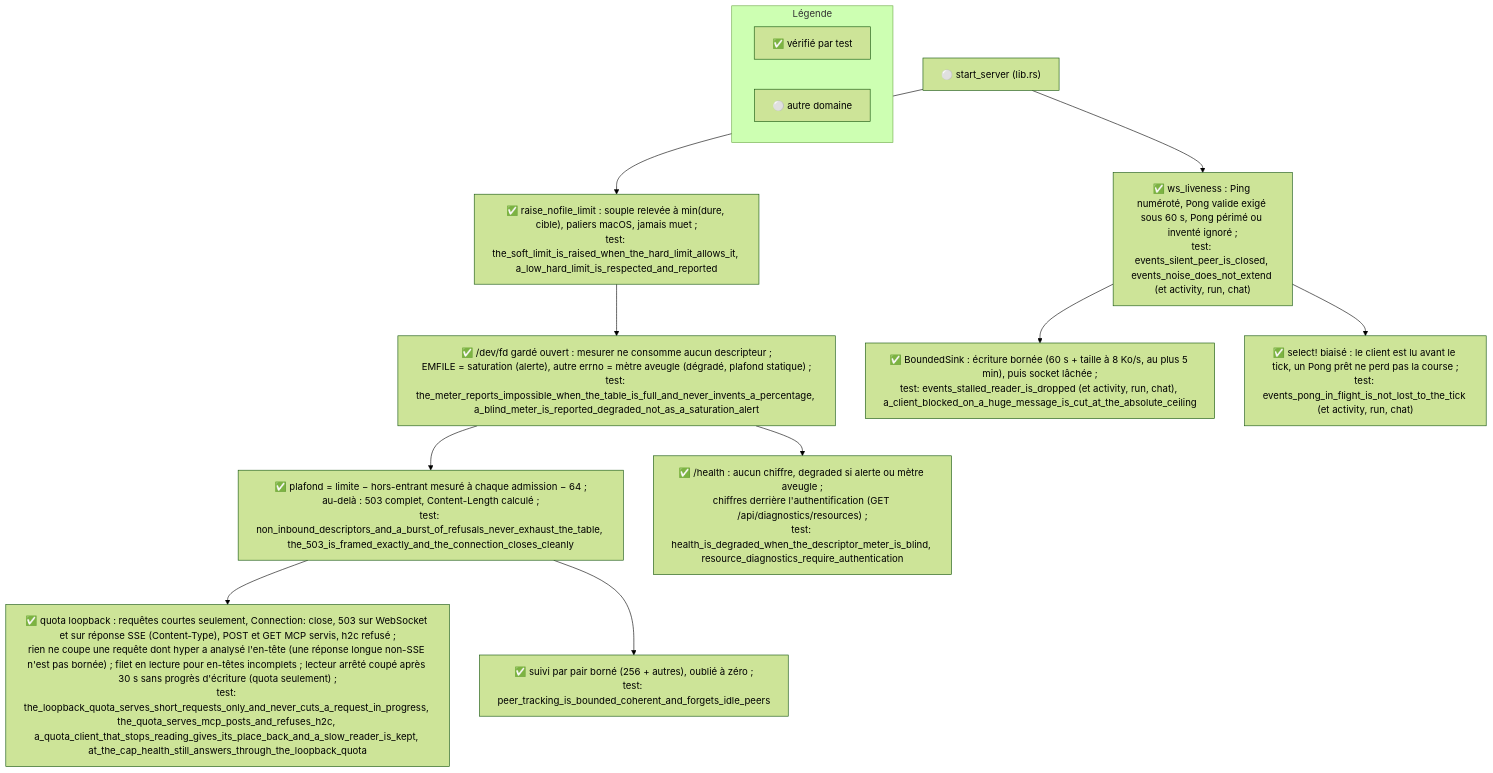
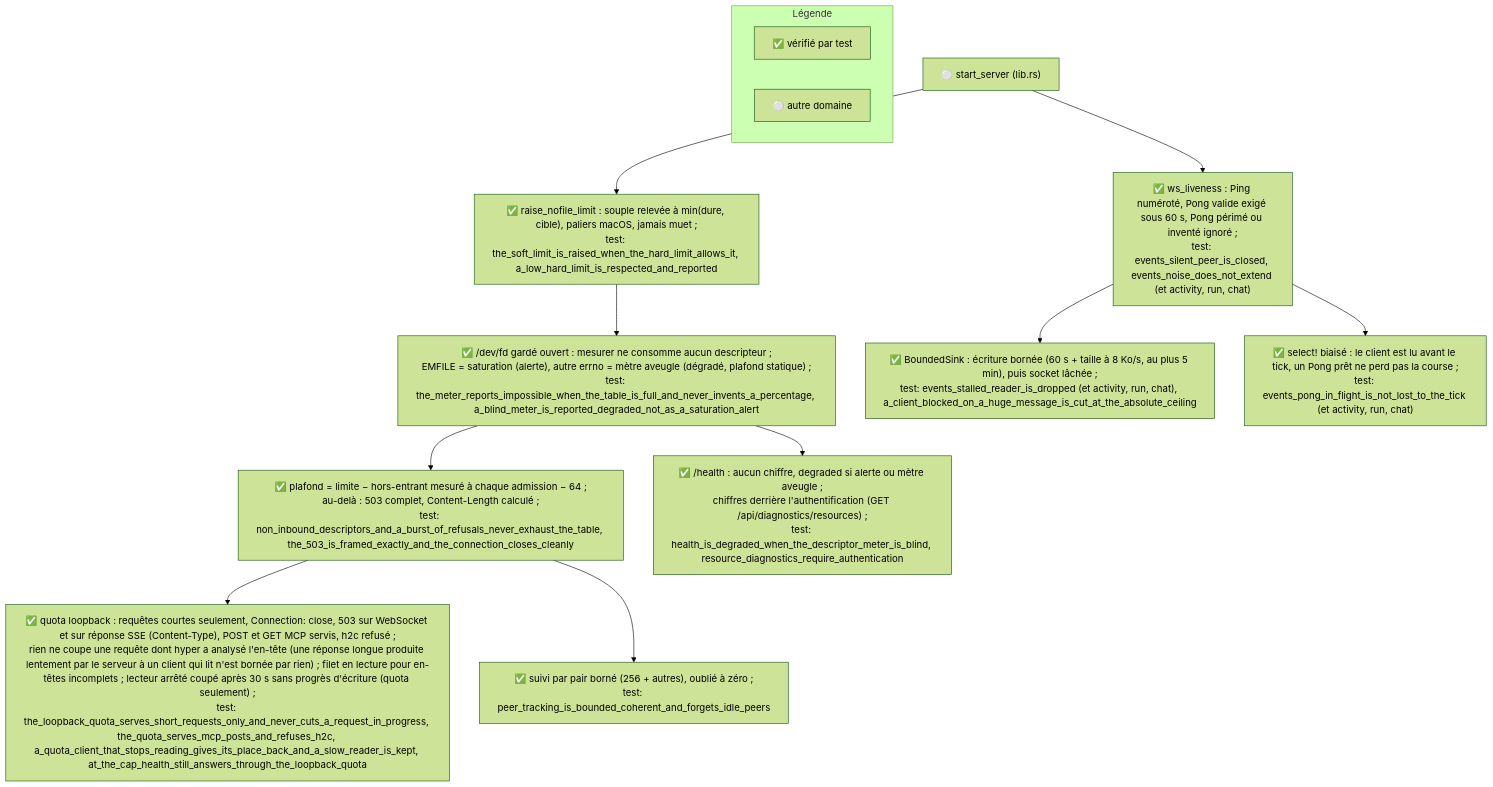
The diagram in docs/diagrams/po-fd-guard.mmd (this-rs/project-orchestrator), drawn with Mermaid (forest theme) before and after one commit. The commit also changed 3 other files, not shown here.

First line of the commit message:
test(fd_guard): attendre la place avant de la supposer libre, lecteur lent mesuré, lecteur arrêté ordinaire, docs, warn sur variables invalides

```diff
--- a/docs/diagrams/po-fd-guard.mmd
+++ b/docs/diagrams/po-fd-guard.mmd
@@ -1,48 +1,48 @@
 %% name: po-fd-guard
 %% covers: backend:src/fd_guard.rs backend:src/api/ws_liveness.rs
 %% verified: c984a26a
 %% ---
 %% PROUVE : ce que le service fait de ses descripteurs de fichiers et de ses sockets WebSocket
 %%   (PR #1269, branche fix/fd-limit) : limite relevée au démarrage, mesure par un /dev/fd gardé
 %%   ouvert, plafond de connexions entrantes dynamique avec 503 complet, quota loopback réservé
 %%   aux requêtes courtes, Pong exigé et écritures bornées sur /ws/chat, /ws/events, /ws/activity,
 %%   /ws/run. Relu contre le code de la branche fix/fd-limit (c984a26a).
 %% ---
 %% SOURCES LUES :
 %%   src/fd_guard.rs, src/api/ws_liveness.rs, src/lib.rs (start_server), src/api/handlers.rs
 %%   (health, resource_diagnostics), src/api/ws_{chat,handlers,activity,run}_handler.rs,
 %%   tests/fd_limit.rs, src/api/ws_liveness_tests.rs
 %% ---
 %% NON ETABLI :
 %%   la nature des 133 connexions de 192.168.1.42 (ORCHESTRATOR_CONN_STATS sert à l'établir) ;
 %%   que le Pong manquant soit la cause du flap observé (hypothèse) ;
 %%   l'absence d'EMFILE : le plafond réduit le risque, une rafale hors-entrant plus grande que la
 %%   réserve de 64 peut encore en provoquer (test: an_outbound_burst_beyond_the_margin_may_hit_emfile_but_the_service_recovers).
 %% ---
 %% LEGENDE
 %%   ✅ vérifié (le nœud dit par quel test)  ⚪ autre domaine
 
 flowchart TD
     subgraph legend["Légende"]
         direction LR
         L1["✅ vérifié par test"]
         L2["⚪ autre domaine"]
     end
 
     START["⚪ start_server (lib.rs)"]
     RAISE["✅ raise_nofile_limit : souple relevée à min(dure, cible), paliers macOS, jamais muet ;<br/>test: the_soft_limit_is_raised_when_the_hard_limit_allows_it, a_low_hard_limit_is_respected_and_reported"]
     METER["✅ /dev/fd gardé ouvert : mesurer ne consomme aucun descripteur ;<br/>EMFILE = saturation (alerte), autre errno = mètre aveugle (dégradé, plafond statique) ;<br/>test: the_meter_reports_impossible_when_the_table_is_full_and_never_invents_a_percentage, a_blind_meter_is_reported_degraded_not_as_a_saturation_alert"]
     CAP["✅ plafond = limite − hors-entrant mesuré à chaque admission − 64 ;<br/>au-delà : 503 complet, Content-Length calculé ;<br/>test: non_inbound_descriptors_and_a_burst_of_refusals_never_exhaust_the_table, the_503_is_framed_exactly_and_the_connection_closes_cleanly"]
-    QUOTA["✅ quota loopback : requêtes courtes seulement, Connection: close, 503 sur WebSocket et sur réponse SSE (Content-Type), POST et GET MCP servis, h2c refusé ;<br/>rien ne coupe une requête dont hyper a analysé l'en-tête (une réponse longue non-SSE n'est pas bornée) ; filet en lecture pour en-têtes incomplets ; lecteur arrêté coupé après 30 s sans progrès d'écriture (quota seulement) ;<br/>test: the_loopback_quota_serves_short_requests_only_and_never_cuts_a_request_in_progress, the_quota_serves_mcp_posts_and_refuses_h2c, a_quota_client_that_stops_reading_gives_its_place_back_and_a_slow_reader_is_kept, at_the_cap_health_still_answers_through_the_loopback_quota"]
+    QUOTA["✅ quota loopback : requêtes courtes seulement, Connection: close, 503 sur WebSocket et sur réponse SSE (Content-Type), POST et GET MCP servis, h2c refusé ;<br/>rien ne coupe une requête dont hyper a analysé l'en-tête (une réponse longue produite lentement par le serveur à un client qui lit n'est bornée par rien) ; filet en lecture pour en-têtes incomplets ; lecteur arrêté coupé après 30 s sans progrès d'écriture (quota seulement) ;<br/>test: the_loopback_quota_serves_short_requests_only_and_never_cuts_a_request_in_progress, the_quota_serves_mcp_posts_and_refuses_h2c, a_quota_client_that_stops_reading_gives_its_place_back_and_a_slow_reader_is_kept, at_the_cap_health_still_answers_through_the_loopback_quota"]
     PEERS["✅ suivi par pair borné (256 + autres), oublié à zéro ;<br/>test: peer_tracking_is_bounded_coherent_and_forgets_idle_peers"]
     HEALTH["✅ /health : aucun chiffre, degraded si alerte ou mètre aveugle ;<br/>chiffres derrière l'authentification (GET /api/diagnostics/resources) ;<br/>test: health_is_degraded_when_the_descriptor_meter_is_blind, resource_diagnostics_require_authentication"]
     LIVE["✅ ws_liveness : Ping numéroté, Pong valide exigé sous 60 s, Pong périmé ou inventé ignoré ;<br/>test: events_silent_peer_is_closed, events_noise_does_not_extend (et activity, run, chat)"]
     SINK["✅ BoundedSink : écriture bornée (60 s + taille à 8 Ko/s, au plus 5 min), puis socket lâchée ;<br/>test: events_stalled_reader_is_dropped (et activity, run, chat), a_client_blocked_on_a_huge_message_is_cut_at_the_absolute_ceiling"]
     RACE["✅ select! biaisé : le client est lu avant le tick, un Pong prêt ne perd pas la course ;<br/>test: events_pong_in_flight_is_not_lost_to_the_tick (et activity, run, chat)"]
 
     START --> RAISE --> METER --> CAP
     CAP --> QUOTA
     CAP --> PEERS
     METER --> HEALTH
     START --> LIVE --> SINK
     LIVE --> RACE
```
